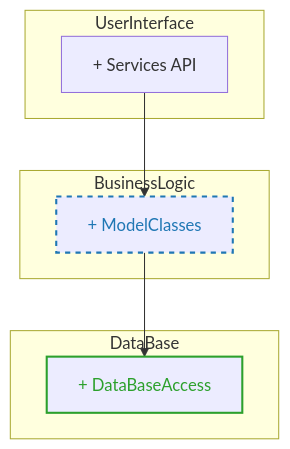
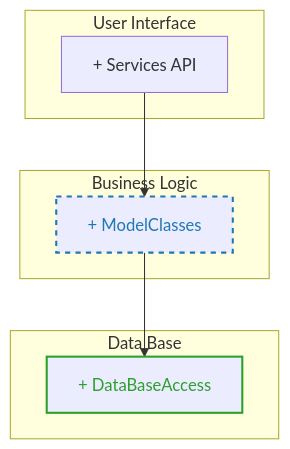
The first of 6 diagrams in part1/README.md (hedjouj/holbertonschool-hbnb), drawn with Mermaid before and after one commit.

````diff
--- a/part1/README.md
+++ b/part1/README.md
@@ -17,20 +17,21 @@
 ```mermaid
 graph TD
-    subgraph UserInterface
-        UI[+ Services API]
+    subgraph "User Interface"
+        UI["+ Services API"]
     end
-
-    subgraph BusinessLogic
-        BL[+ ModelClasses]
+    subgraph "Business Logic"
+        BL["+ ModelClasses"]
     end
-
-    subgraph DataBase
-        DB[+ DataBaseAccess]
+    subgraph "Data Base"
+        DB["+ DataBaseAccess"]
     end
-
-    UI --> BL:::facade
-    BL --> DB:::dbops
-
-    classDef facade stroke-width:2,stroke-dasharray: 5 5,stroke:#1f77b4,color:#1f77b4
-    classDef dbops stroke-width:2,stroke:#2ca02c,color:#2ca02c
+    
+    UI --> BL
+    BL --> DB
+    
+    classDef facade stroke-width:2px,stroke-dasharray:5 5,stroke:#1f77b4,color:#1f77b4
+    classDef dbops stroke-width:2px,stroke:#2ca02c,color:#2ca02c
+    
+    class BL facade
+    class DB dbops
 ```
````
